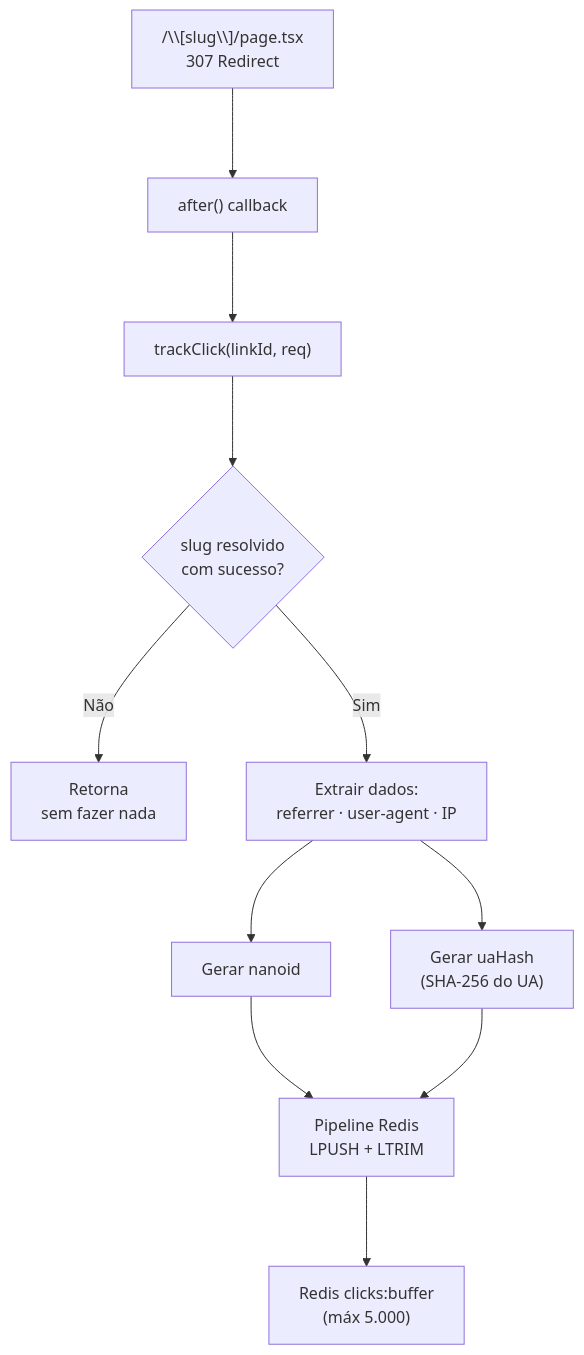
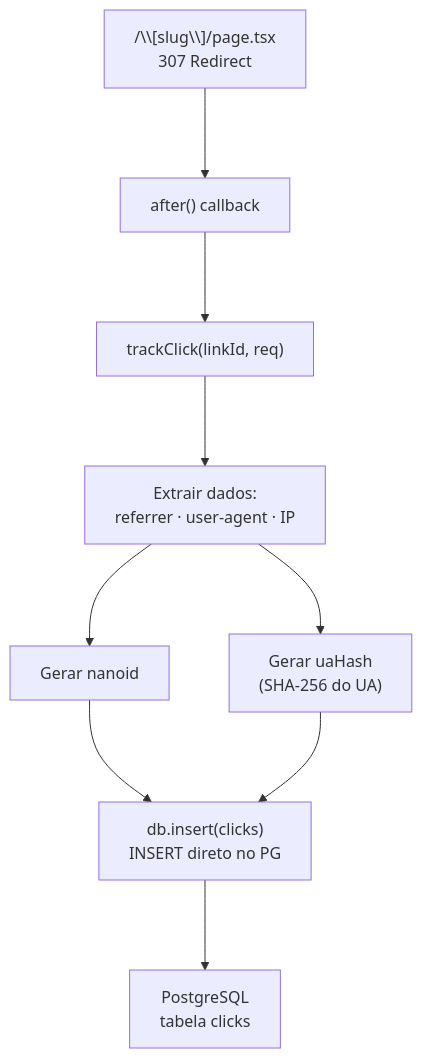
One commit to eduardoaugustolb/encurtador-url changed the fifth of 5 diagrams in docs/fluxo-de-dados.md. Above: the diagram before and after it, drawn with Mermaid. The commit also changed other lines of this file and 14 other files, not shown here.

Commit message:
feat: click tracking direto no PostgreSQL com wipe cache no dashboard (#7)

````diff
--- a/docs/fluxo-de-dados.md
+++ b/docs/fluxo-de-dados.md
@@ -196,19 +185,16 @@
 ```mermaid
 %%{init: {'flowchart': {'nodeSpacing': 60, 'rankSpacing': 90}}}%%
 flowchart TB
     A["/\\[slug\\]/page.tsx<br/>307 Redirect"] --> B["after() callback"]
     B --> C["trackClick(linkId, req)"]
 
-    C --> D{"slug resolvido<br/>com sucesso?"}
+    C --> D["Extrair dados:<br/>referrer · user-agent · IP"]
 
-    D -->|Não| F["Retorna<br/>sem fazer nada"]
-    D -->|Sim| E["Extrair dados:<br/>referrer · user-agent · IP"]
+    D --> E["Gerar nanoid"]
+    D --> F["Gerar uaHash<br/>(SHA-256 do UA)"]
 
-    E --> G["Gerar nanoid"]
-    E --> H["Gerar uaHash<br/>(SHA-256 do UA)"]
+    E --> G["db.insert(clicks)<br/>INSERT direto no PG"]
+    F --> G
 
-    G --> I["Pipeline Redis<br/>LPUSH + LTRIM"]
-    H --> I
-
-    I --> J["Redis clicks:buffer<br/>(máx 5.000)"]
+    G --> H["PostgreSQL<br/>tabela clicks"]
 ```
````
